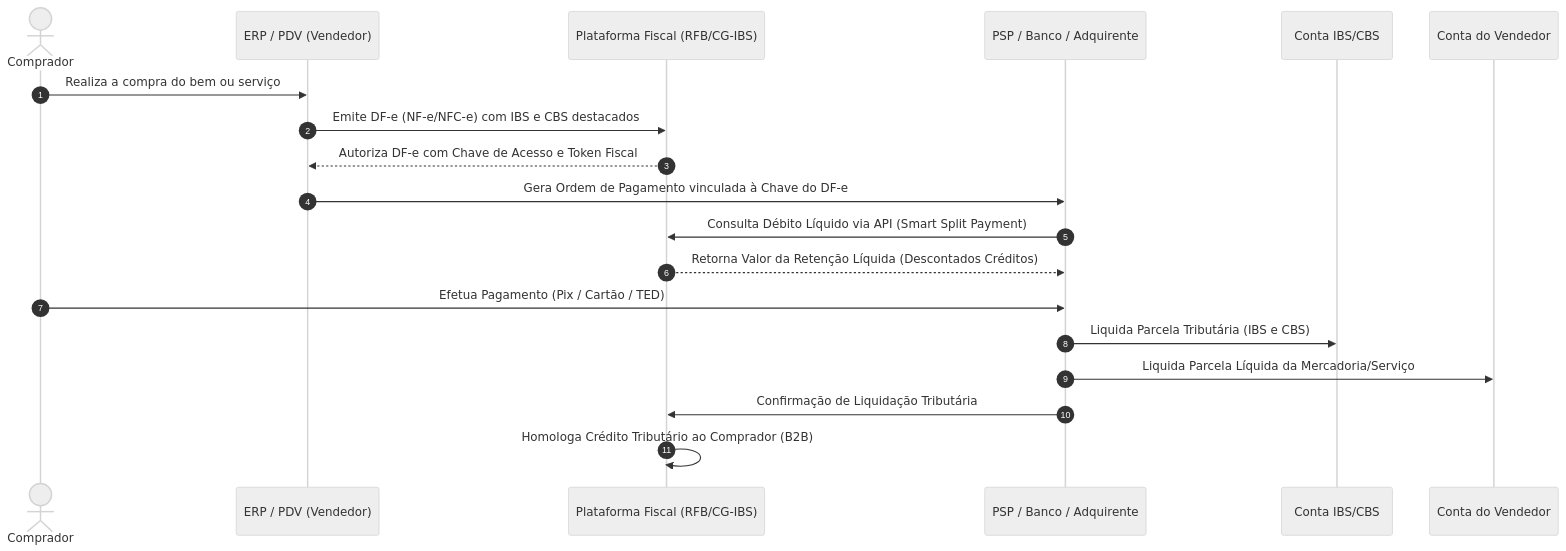
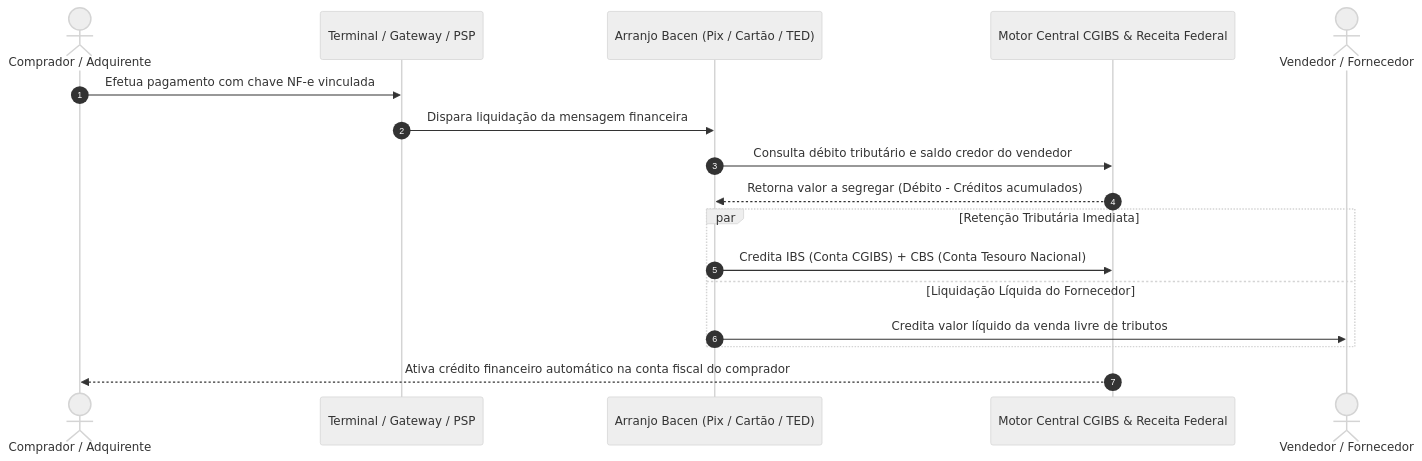
The diagram in reforma-tributaria/split-payment/split-payment-modelo-operacional.md (brunoqualhato/tributos), drawn with Mermaid (neutral theme) before and after one commit. The commit also changed other lines of this file and 203 other files, not shown here.

````diff
--- a/reforma-tributaria/split-payment/split-payment-modelo-operacional.md
+++ b/reforma-tributaria/split-payment/split-payment-modelo-operacional.md
@@ -82,22 +63,20 @@
 ```mermaid
 sequenceDiagram
- autonumber
- actor Comprador
- participant PDV as ERP / PDV (Vendedor)
- participant Fisco as Plataforma Fiscal (RFB/CG-IBS)
- participant PSP as PSP / Banco / Adquirente
- participant ContaGov as Conta IBS/CBS
- participant ContaVend as Conta do Vendedor
+    autonumber
+    actor Comp as Comprador / Adquirente
+    participant POS as Terminal / Gateway / PSP
+    participant SPI as Arranjo Bacen (Pix / Cartão / TED)
+    participant Fisco as Motor Central CGIBS & Receita Federal
+    actor Vend as Vendedor / Fornecedor
 
- Comprador->>PDV: Realiza a compra do bem ou serviço
- PDV->>Fisco: Emite DF-e (NF-e/NFC-e) com IBS e CBS destacados
- Fisco-->>PDV: Autoriza DF-e com Chave de Acesso e Token Fiscal
- PDV->>PSP: Gera Ordem de Pagamento vinculada à Chave do DF-e
- PSP->>Fisco: Consulta Débito Líquido via API (Smart Split Payment)
- Fisco-->>PSP: Retorna Valor da Retenção Líquida (Descontados Créditos)
- Comprador->>PSP: Efetua Pagamento (Pix / Cartão / TED)
- PSP->>ContaGov: Liquida Parcela Tributária (IBS e CBS)
- PSP->>ContaVend: Liquida Parcela Líquida da Mercadoria/Serviço
- PSP->>Fisco: Confirmação de Liquidação Tributária
- Fisco->>Fisco: Homologa Crédito Tributário ao Comprador (B2B)
+    Comp->>POS: Efetua pagamento com chave NF-e vinculada
+    POS->>SPI: Dispara liquidação da mensagem financeira
+    SPI->>Fisco: Consulta débito tributário e saldo credor do vendedor
+    Fisco-->>SPI: Retorna valor a segregar (Débito - Créditos acumulados)
+    par Retenção Tributária Imediata
+        SPI->>Fisco: Credita IBS (Conta CGIBS) + CBS (Conta Tesouro Nacional)
+    and Liquidação Líquida do Fornecedor
+        SPI->>Vend: Credita valor líquido da venda livre de tributos
+    end
+    Fisco-->>Comp: Ativa crédito financeiro automático na conta fiscal do comprador
 ```
````
